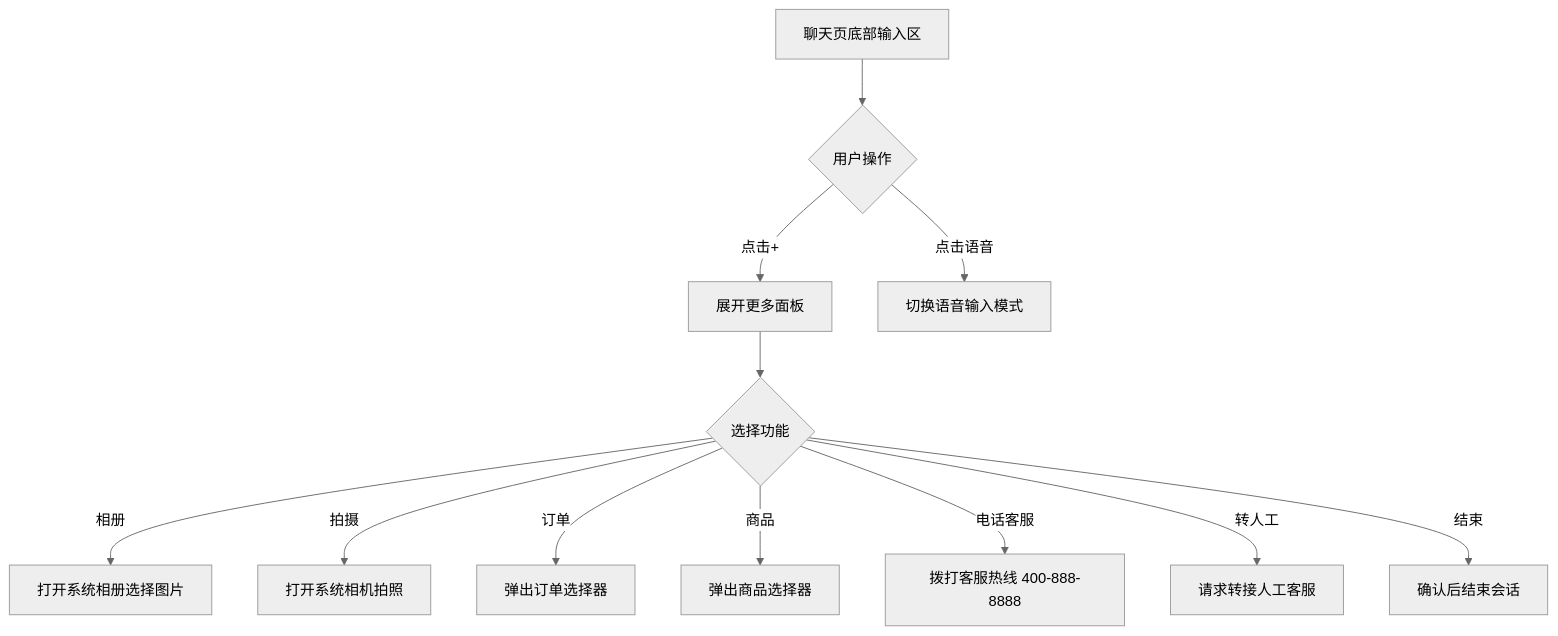
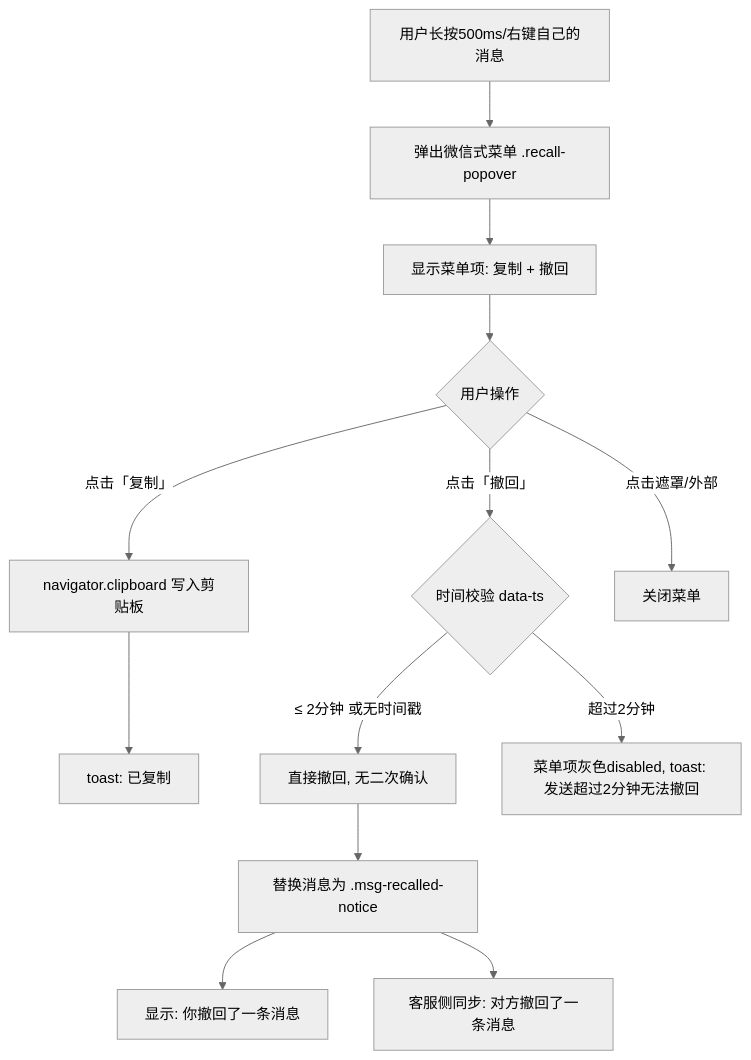
One commit to lyuxiaohei/OCS changed the fourth of 9 diagrams in prototype-cs/user/PRD/02-聊天主界面.md. Above: the diagram before and after it, drawn with Mermaid (neutral theme). The commit also changed other lines of this file and 29 other files, not shown here.

````diff
--- a/prototype-cs/user/PRD/02-聊天主界面.md
+++ b/prototype-cs/user/PRD/02-聊天主界面.md
@@ -389,14 +145,15 @@
 ```mermaid
 flowchart TD
-    A[聊天页底部输入区] --> B{用户操作}
-    B -->|点击+| C[展开更多面板]
-    C --> D{选择功能}
-    D -->|相册| E[打开系统相册选择图片]
-    D -->|拍摄| F[打开系统相机拍照]
-    D -->|订单| G[弹出订单选择器]
-    D -->|商品| H[弹出商品选择器]
-    D -->|电话客服| J[拨打客服热线 400-888-8888]
-    D -->|转人工| K[请求转接人工客服]
-    D -->|结束| L[确认后结束会话]
-    B -->|点击语音| M[切换语音输入模式]
+    A[用户长按500ms/右键自己的消息] --> B[弹出微信式菜单 .recall-popover]
+    B --> C[显示菜单项: 复制 + 撤回]
+    C --> D{用户操作}
+    D -->|点击「复制」| E[navigator.clipboard 写入剪贴板]
+    E --> F[toast: 已复制]
+    D -->|点击「撤回」| G{时间校验 data-ts}
+    G -->|≤ 2分钟 或无时间戳| H[直接撤回, 无二次确认]
+    G -->|超过2分钟| I[菜单项灰色disabled, toast: 发送超过2分钟无法撤回]
+    H --> J[替换消息为 .msg-recalled-notice]
+    J --> K[显示: 你撤回了一条消息]
+    J --> L[客服侧同步: 对方撤回了一条消息]
+    D -->|点击遮罩/外部| M[关闭菜单]
 ```
````
